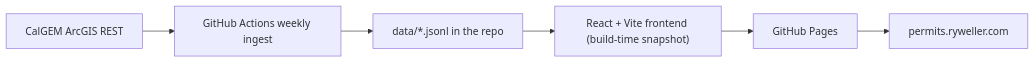
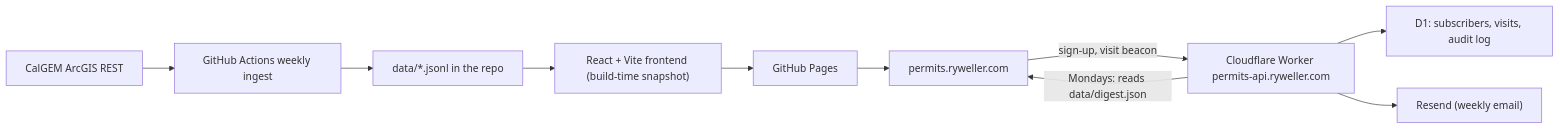
One commit to rockpyer/ca-permits changed the diagram in docs/architecture.md. Above: the diagram before and after it, drawn with Mermaid. The commit also changed other lines of this file and 24 other files, not shown here.

First line of the commit message:
Email sign-up, weekly digest and admin Worker (#14)

````diff
--- a/docs/architecture.md
+++ b/docs/architecture.md
@@ -5,8 +5,12 @@
 ```mermaid
 flowchart LR
   CalGEM["CalGEM ArcGIS REST"] --> Actions["GitHub Actions weekly ingest"]
   Actions --> Store["data/*.jsonl in the repo"]
   Store --> React["React + Vite frontend (build-time snapshot)"]
   React --> Pages["GitHub Pages"]
   Pages --> Domain["permits.ryweller.com"]
+  Domain -- "sign-up, visit beacon" --> Worker["Cloudflare Worker permits-api.ryweller.com"]
+  Worker --> D1["D1: subscribers, visits, audit log"]
+  Worker -- "Mondays: reads data/digest.json" --> Domain
+  Worker --> Resend["Resend (weekly email)"]
 ```
````
